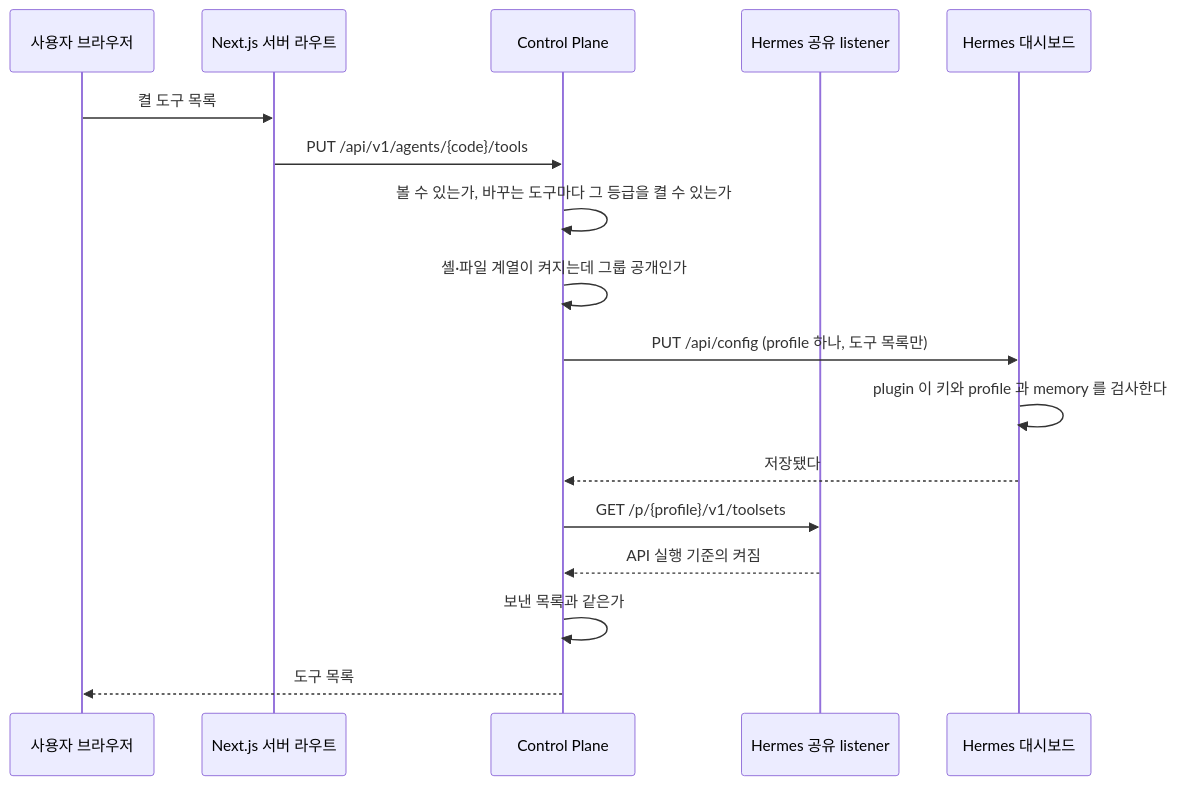
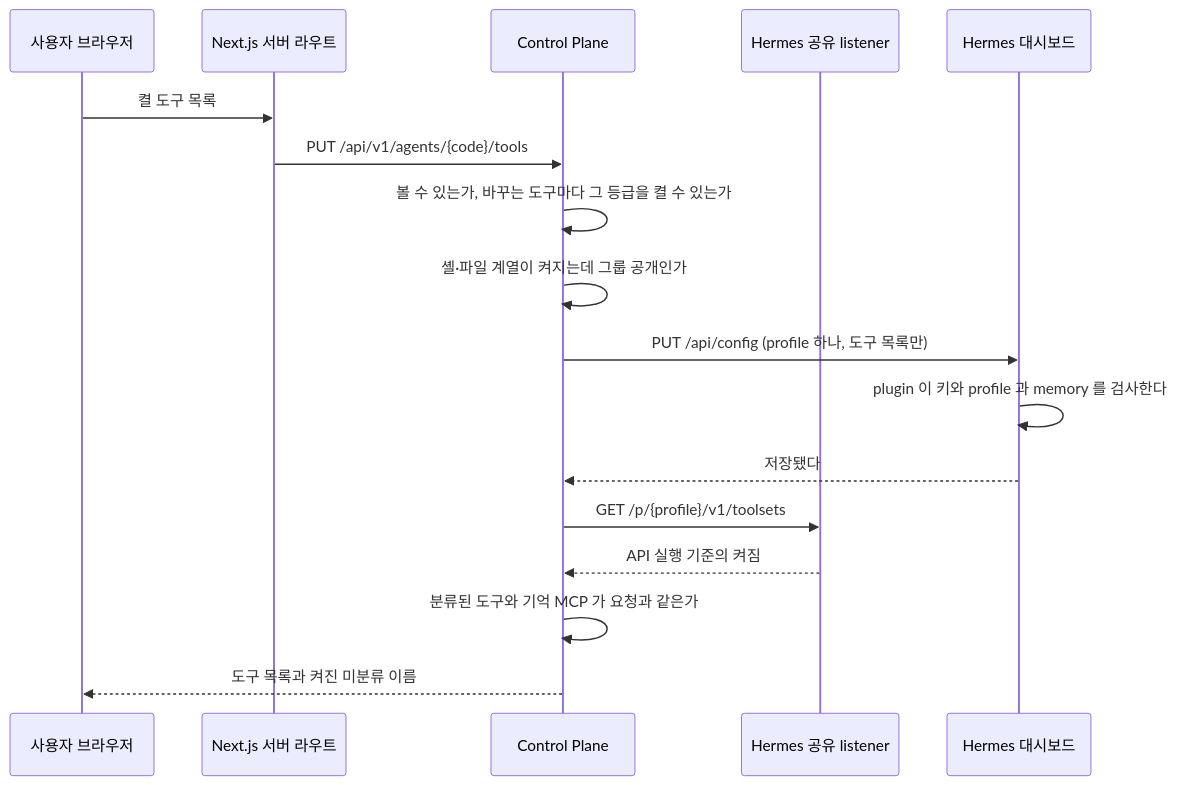
The fifth of 18 diagrams in docs/flow.md (jon890/fos-assistant), drawn with Mermaid before and after one commit. The commit also changed other lines of this file and 4 other files, not shown here.

````diff
--- a/docs/flow.md
+++ b/docs/flow.md
@@ -189,20 +189,20 @@
 ```mermaid
 sequenceDiagram
     participant U as 사용자 브라우저
     participant W as Next.js 서버 라우트
     participant C as Control Plane
     participant L as Hermes 공유 listener
     participant D as Hermes 대시보드
 
     U->>W: 켤 도구 목록
     W->>C: PUT /api/v1/agents/{code}/tools
     C->>C: 볼 수 있는가, 바꾸는 도구마다 그 등급을 켤 수 있는가
     C->>C: 셸·파일 계열이 켜지는데 그룹 공개인가
     C->>D: PUT /api/config (profile 하나, 도구 목록만)
     D->>D: plugin 이 키와 profile 과 memory 를 검사한다
     D-->>C: 저장됐다
     C->>L: GET /p/{profile}/v1/toolsets
     L-->>C: API 실행 기준의 켜짐
-    C->>C: 보낸 목록과 같은가
-    C-->>U: 도구 목록
+    C->>C: 분류된 도구와 기억 MCP 가 요청과 같은가
+    C-->>U: 도구 목록과 켜진 미분류 이름
 ```
````
